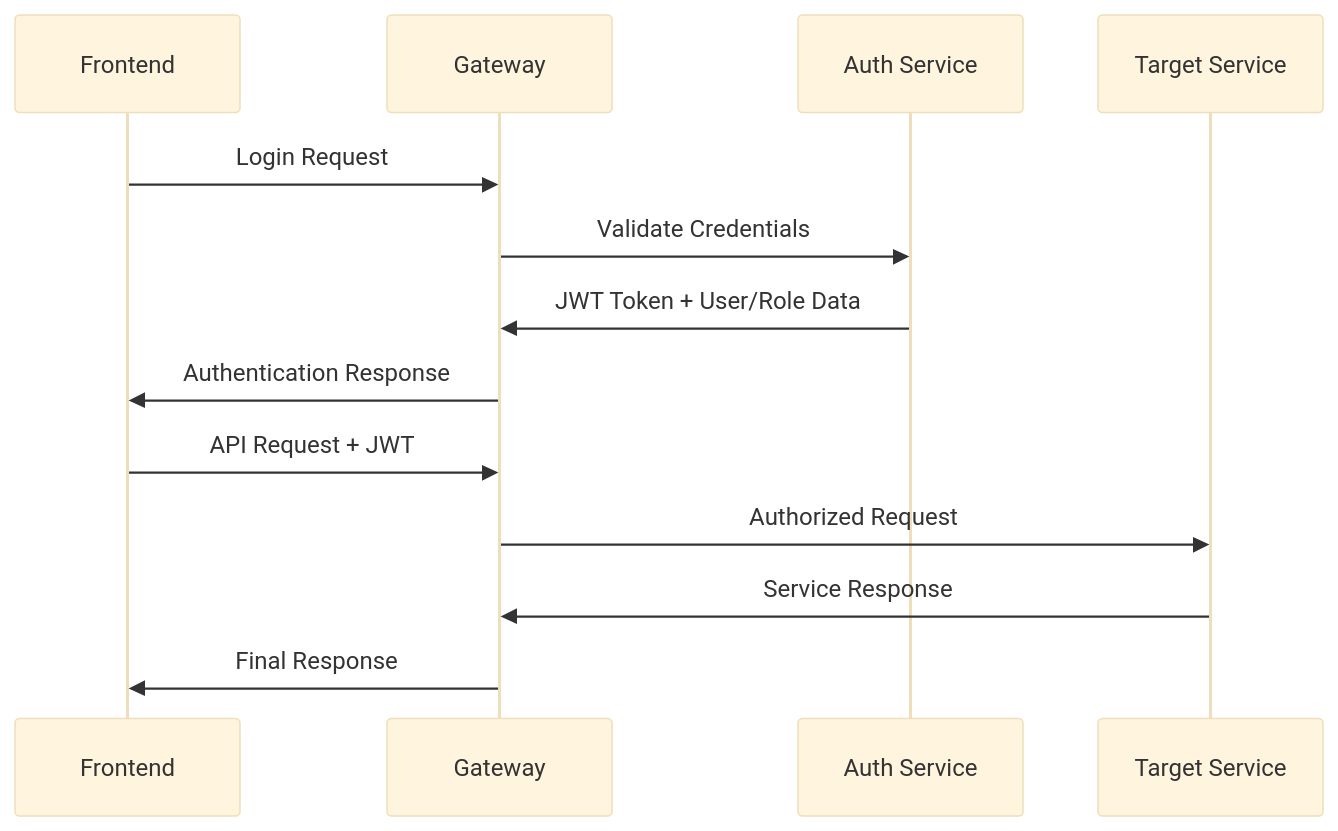
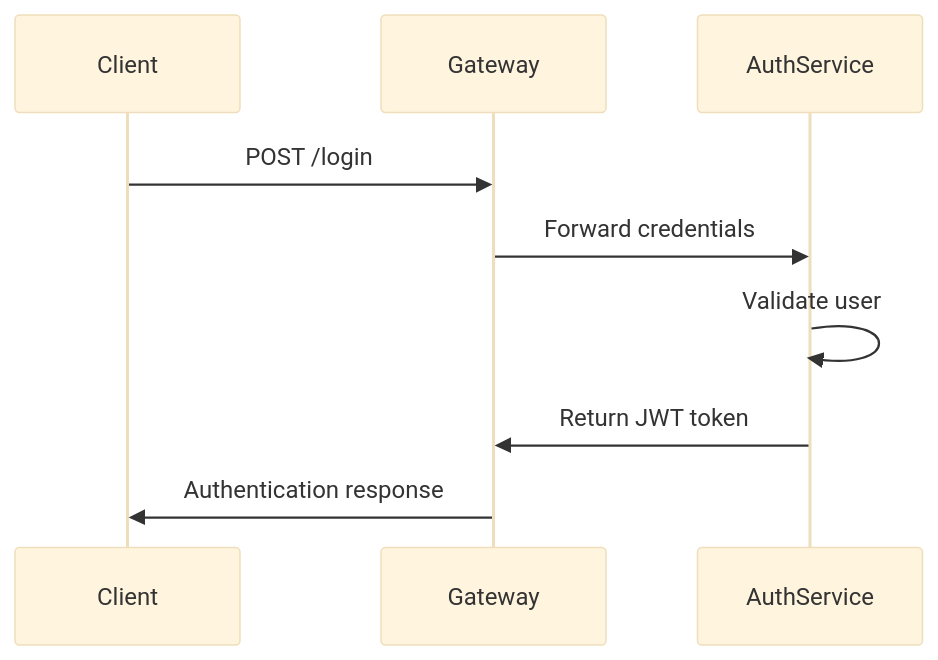
Before and after one commit to Mahesh-65/OrganiStation: the third of 9 diagrams in .github/instructions/architecture.instructions.md, drawn with Mermaid (base theme). The commit also changed other lines of this file and 7 other files, not shown here.

````diff
--- a/.github/instructions/architecture.instructions.md
+++ b/.github/instructions/architecture.instructions.md
@@ -499,16 +319,12 @@
 ```mermaid
 sequenceDiagram
-    participant F as Frontend
-    participant G as Gateway
-    participant A as Auth Service
-    participant S as Target Service
+    participant Client
+    participant Gateway
+    participant AuthService
     
-    F->>G: Login Request
-    G->>A: Validate Credentials
-    A->>G: JWT Token + User/Role Data
-    G->>F: Authentication Response
-    F->>G: API Request + JWT
-    G->>S: Authorized Request
-    S->>G: Service Response
-    G->>F: Final Response
+    Client->>Gateway: POST /login
+    Gateway->>AuthService: Forward credentials
+    AuthService->>AuthService: Validate user
+    AuthService->>Gateway: Return JWT token
+    Gateway->>Client: Authentication response
 ```
````
